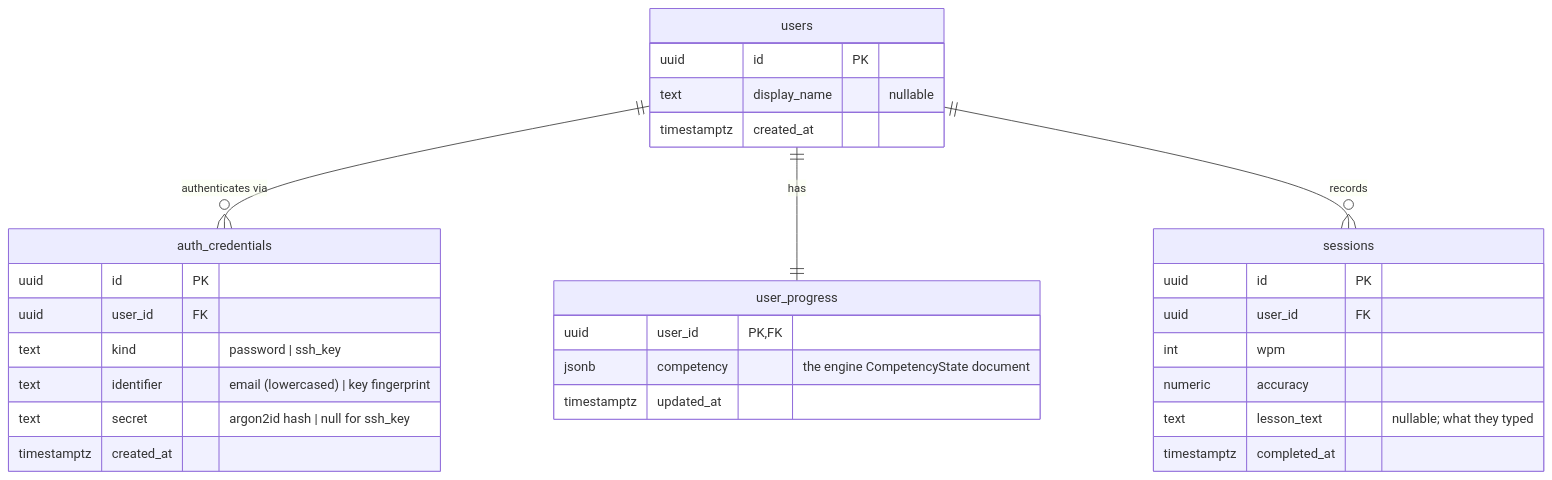
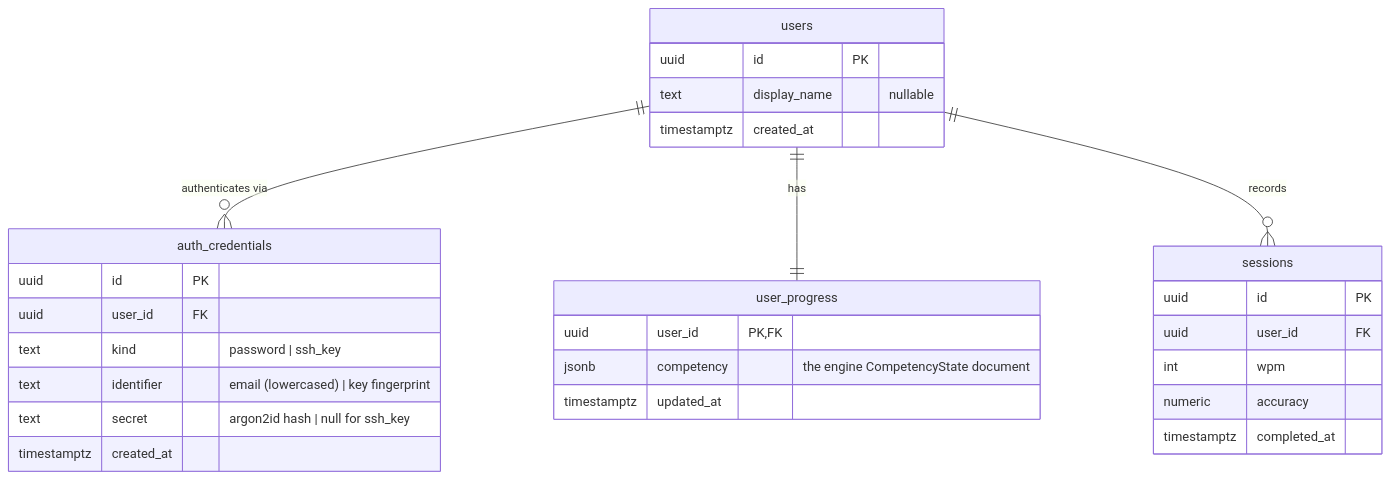
The diagram in docs/schema.md (corygyarmathy/typing-trainer), drawn with Mermaid before and after one commit. The commit also changed other lines of this file, not shown here.

Commit message:
docs(db): do not store lesson text; unnecessary

````diff
--- a/docs/schema.md
+++ b/docs/schema.md
@@ -9,33 +9,32 @@
 ```mermaid
 erDiagram
     users ||--o{ auth_credentials : "authenticates via"
     users ||--|| user_progress : "has"
     users ||--o{ sessions : "records"
 
     users {
         uuid id PK
         text display_name "nullable"
         timestamptz created_at
     }
     auth_credentials {
         uuid id PK
         uuid user_id FK
         text kind "password | ssh_key"
         text identifier "email (lowercased) | key fingerprint"
         text secret "argon2id hash | null for ssh_key"
         timestamptz created_at
     }
     user_progress {
         uuid user_id PK,FK
         jsonb competency "the engine CompetencyState document"
         timestamptz updated_at
     }
     sessions {
         uuid id PK
         uuid user_id FK
         int wpm
         numeric accuracy
-        text lesson_text "nullable; what they typed"
         timestamptz completed_at
     }
 ```
````
